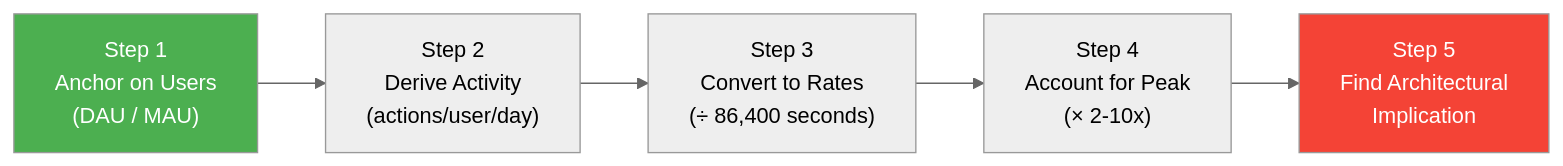
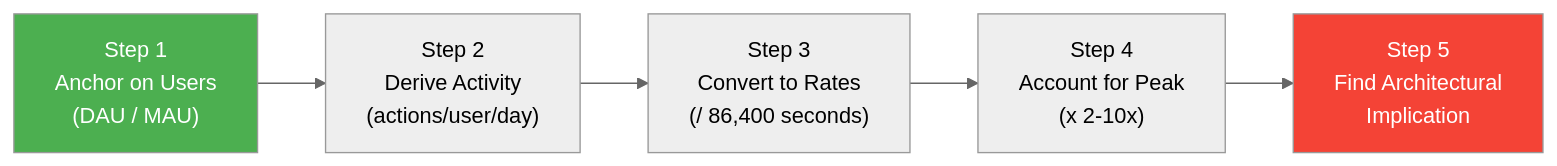
One commit to ranjeetnegi/System-Design-for-Staff-SWE changed the fourth of 17 diagrams in Section2/Chapter_16_Phase_3_Scale_Capacity_Planning.md. Above: the diagram before and after it, drawn with Mermaid (neutral theme). The commit also changed other lines of this file and 20 other files, not shown here.

````diff
--- a/Section2/Chapter_16_Phase_3_Scale_Capacity_Planning.md
+++ b/Section2/Chapter_16_Phase_3_Scale_Capacity_Planning.md
@@ -207,9 +207,9 @@
 ```mermaid
 flowchart LR
     A["Step 1\nAnchor on Users\n(DAU / MAU)"] --> B["Step 2\nDerive Activity\n(actions/user/day)"]
-    B --> C["Step 3\nConvert to Rates\n(÷ 86,400 seconds)"]
-    C --> D["Step 4\nAccount for Peak\n(× 2-10x)"]
+    B --> C["Step 3\nConvert to Rates\n(/ 86,400 seconds)"]
+    C --> D["Step 4\nAccount for Peak\n(x 2-10x)"]
     D --> E["Step 5\nFind Architectural\nImplication"]
     style A fill:#4CAF50,color:#fff
     style E fill:#F44336,color:#fff
 ```
````
